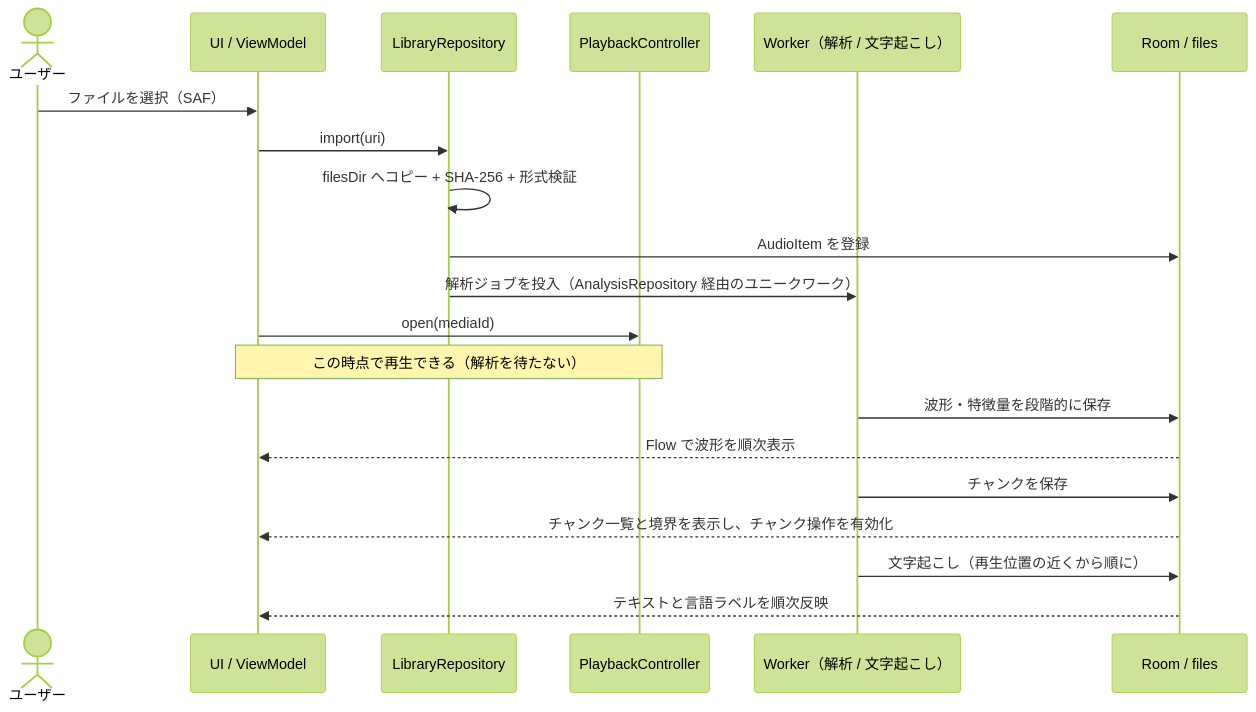
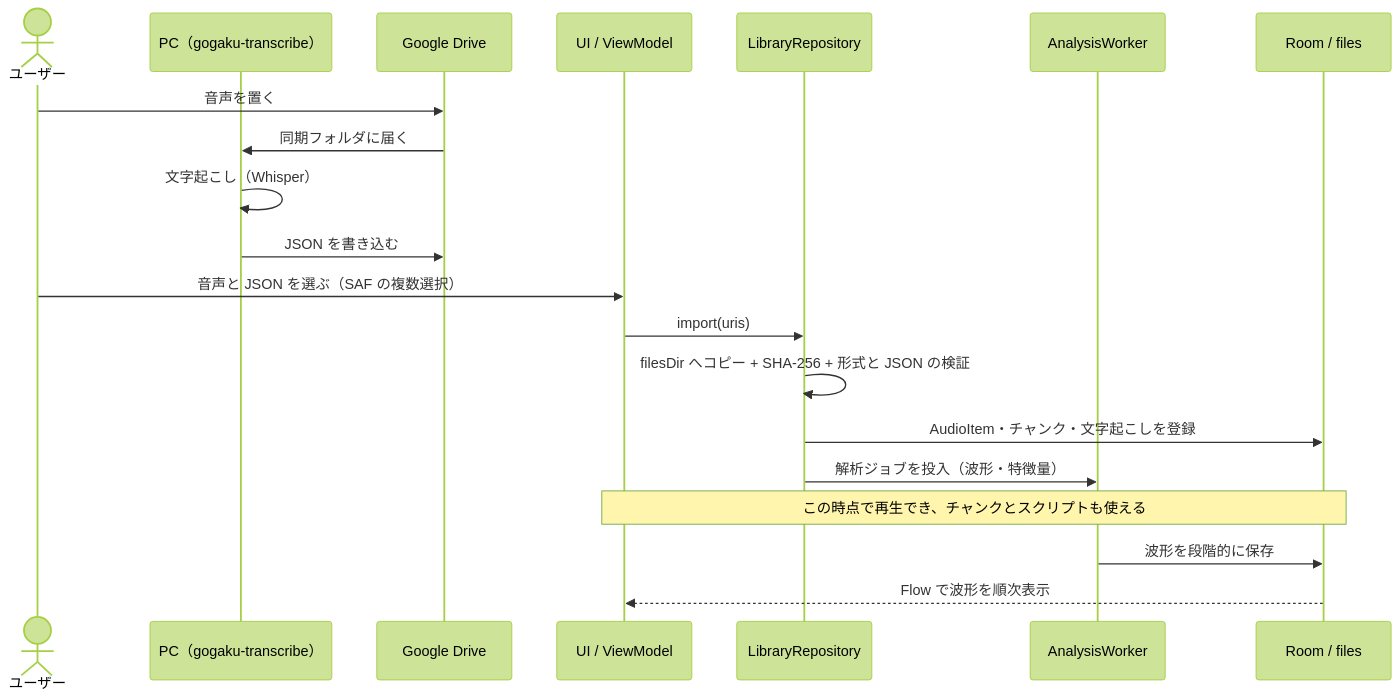
One commit to miuraken/chunk-flow changed the second of 2 diagrams in design_doc.md. Above: the diagram before and after it, drawn with Mermaid (forest theme). The commit also changed other lines of this file, not shown here.

````diff
--- a/design_doc.md
+++ b/design_doc.md
@@ -265,23 +295,23 @@
 ```mermaid
 sequenceDiagram
     actor U as ユーザー
+    participant PC as PC（gogaku-transcribe）
+    participant G as Google Drive
     participant P as UI / ViewModel
     participant L as LibraryRepository
-    participant C as PlaybackController
-    participant W as Worker（解析 / 文字起こし）
+    participant W as AnalysisWorker
     participant D as Room / files
 
-    U->>P: ファイルを選択（SAF）
-    P->>L: import(uri)
-    L->>L: filesDir へコピー + SHA-256 + 形式検証
-    L->>D: AudioItem を登録
-    L->>W: 解析ジョブを投入（AnalysisRepository 経由のユニークワーク）
-    P->>C: open(mediaId)
-    Note over P,C: この時点で再生できる（解析を待たない）
-    W->>D: 波形・特徴量を段階的に保存
+    U->>G: 音声を置く
+    G->>PC: 同期フォルダに届く
+    PC->>PC: 文字起こし（Whisper）
+    PC->>G: JSON を書き込む
+    U->>P: 音声と JSON を選ぶ（SAF の複数選択）
+    P->>L: import(uris)
+    L->>L: filesDir へコピー + SHA-256 + 形式と JSON の検証
+    L->>D: AudioItem・チャンク・文字起こしを登録
+    L->>W: 解析ジョブを投入（波形・特徴量）
+    Note over P,D: この時点で再生でき、チャンクとスクリプトも使える
+    W->>D: 波形を段階的に保存
     D-->>P: Flow で波形を順次表示
-    W->>D: チャンクを保存
-    D-->>P: チャンク一覧と境界を表示し、チャンク操作を有効化
-    W->>D: 文字起こし（再生位置の近くから順に）
-    D-->>P: テキストと言語ラベルを順次反映
 ```
````
